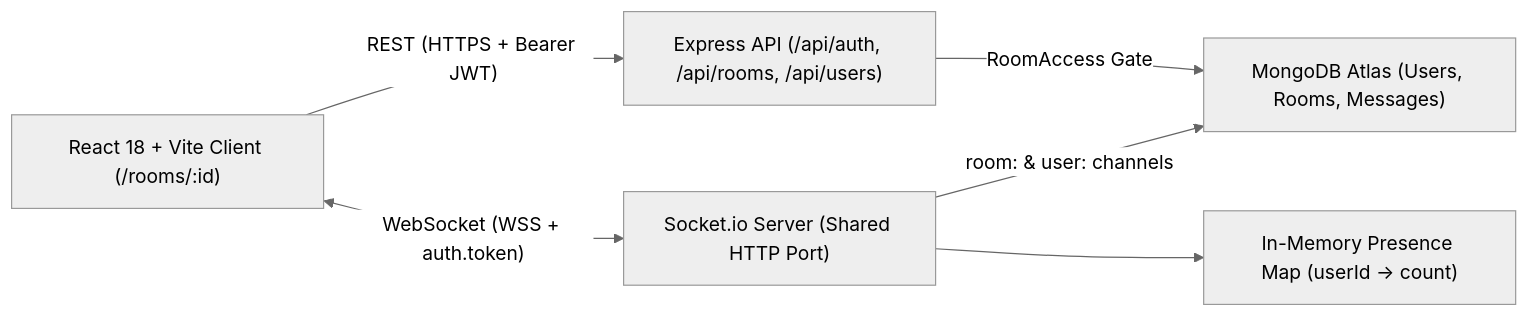
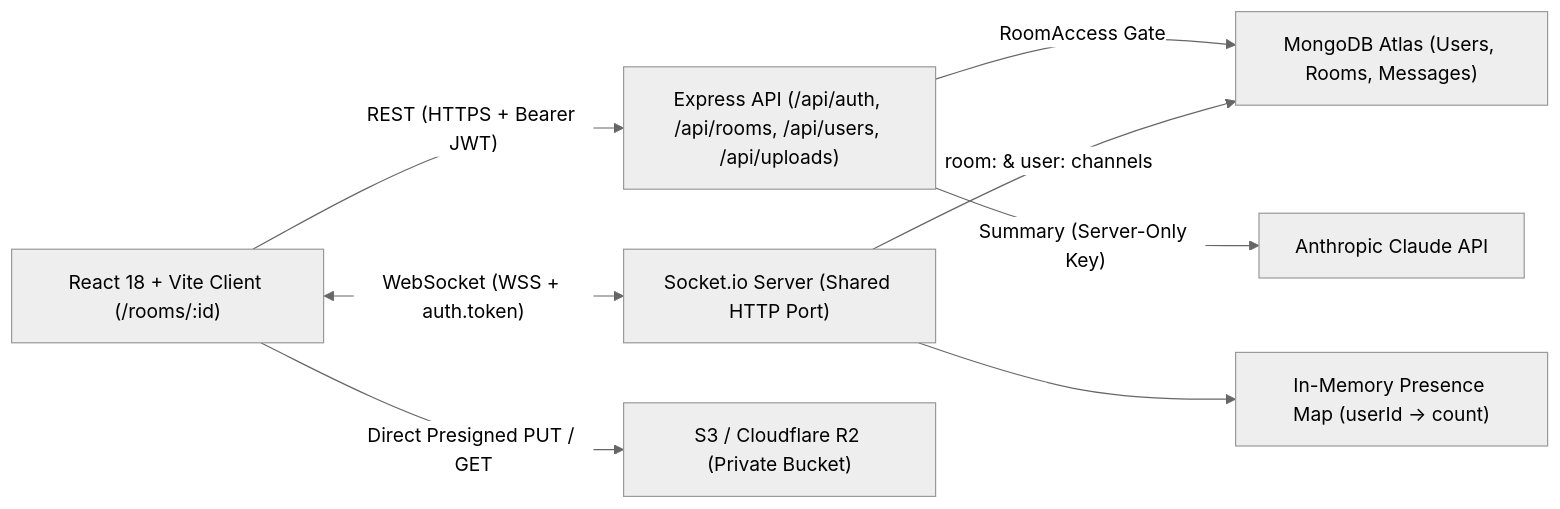
One commit to Lucky-1608/Real-time-chat-application changed the first of 2 diagrams in README.md. Above: the diagram before and after it, drawn with Mermaid (neutral theme). The commit also changed other lines of this file, not shown here.

Commit message:
docs: add Phase 7 lifecycle, uploads, AI summary docs, and talking points

````diff
--- a/README.md
+++ b/README.md
@@ -23,8 +22,10 @@
 ```mermaid
 flowchart LR
-  Browser["React 18 + Vite Client (/rooms/:id)"] -->|"REST (HTTPS + Bearer JWT)"| Express["Express API (/api/auth, /api/rooms, /api/users)"]
+  Browser["React 18 + Vite Client (/rooms/:id)"] -->|"REST (HTTPS + Bearer JWT)"| Express["Express API (/api/auth, /api/rooms, /api/users, /api/uploads)"]
   Browser <-->|"WebSocket (WSS + auth.token)"| SocketIO["Socket.io Server (Shared HTTP Port)"]
+  Browser -->|"Direct Presigned PUT / GET"| S3["S3 / Cloudflare R2 (Private Bucket)"]
   Express -->|"RoomAccess Gate"| Mongo["MongoDB Atlas (Users, Rooms, Messages)"]
+  Express -->|"Summary (Server-Only Key)"| Claude["Anthropic Claude API"]
   SocketIO -->|"room:<id> & user:<id> channels"| Mongo
   SocketIO --> Presence["In-Memory Presence Map (userId -> count)"]
 ```
````
